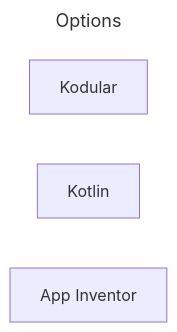
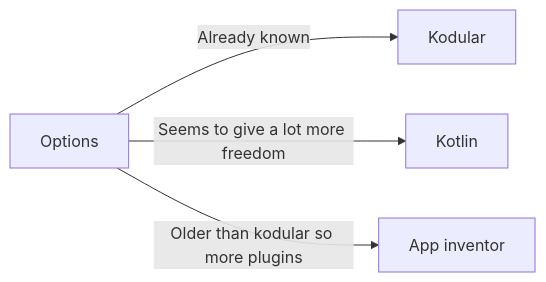
One commit to thiago-o-dev/Mathrizes changed the diagram in README.md. Above: the diagram before and after it, drawn with Mermaid.

Commit message:
fix flowchart2

````diff
--- a/README.md
+++ b/README.md
@@ -7,9 +7,7 @@
 ```mermaid
-    ---
-    title: Options
-    ---
-    flowchart LR
-        id1[Kodular]
-        id2[Kotlin]
-        id3[App Inventor]
+flowchart LR
+
+A[Options] -->|Already known| B[Kodular]
+A -->|Seems to give a lot more freedom| C[Kotlin]
+A -->|Older than kodular so more plugins| D[App inventor]
 ```
````
